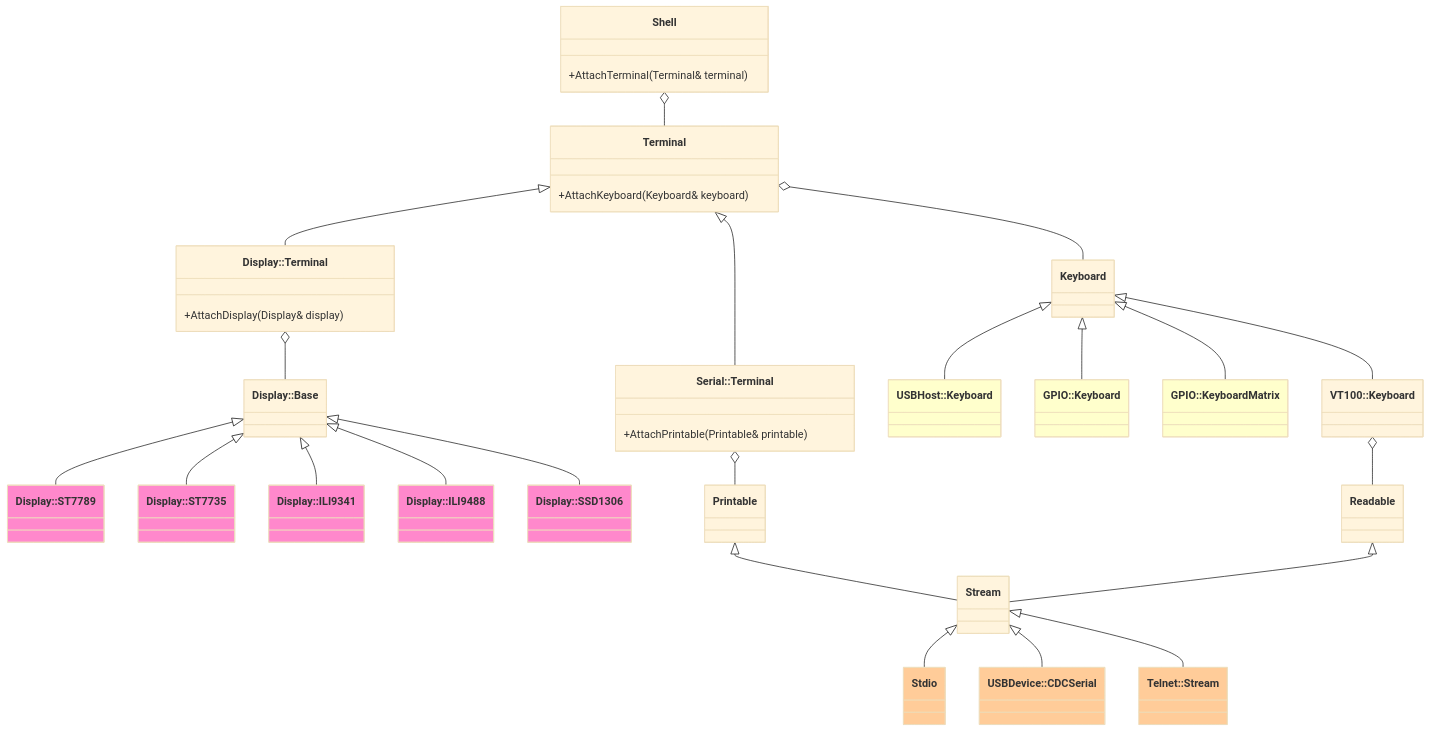
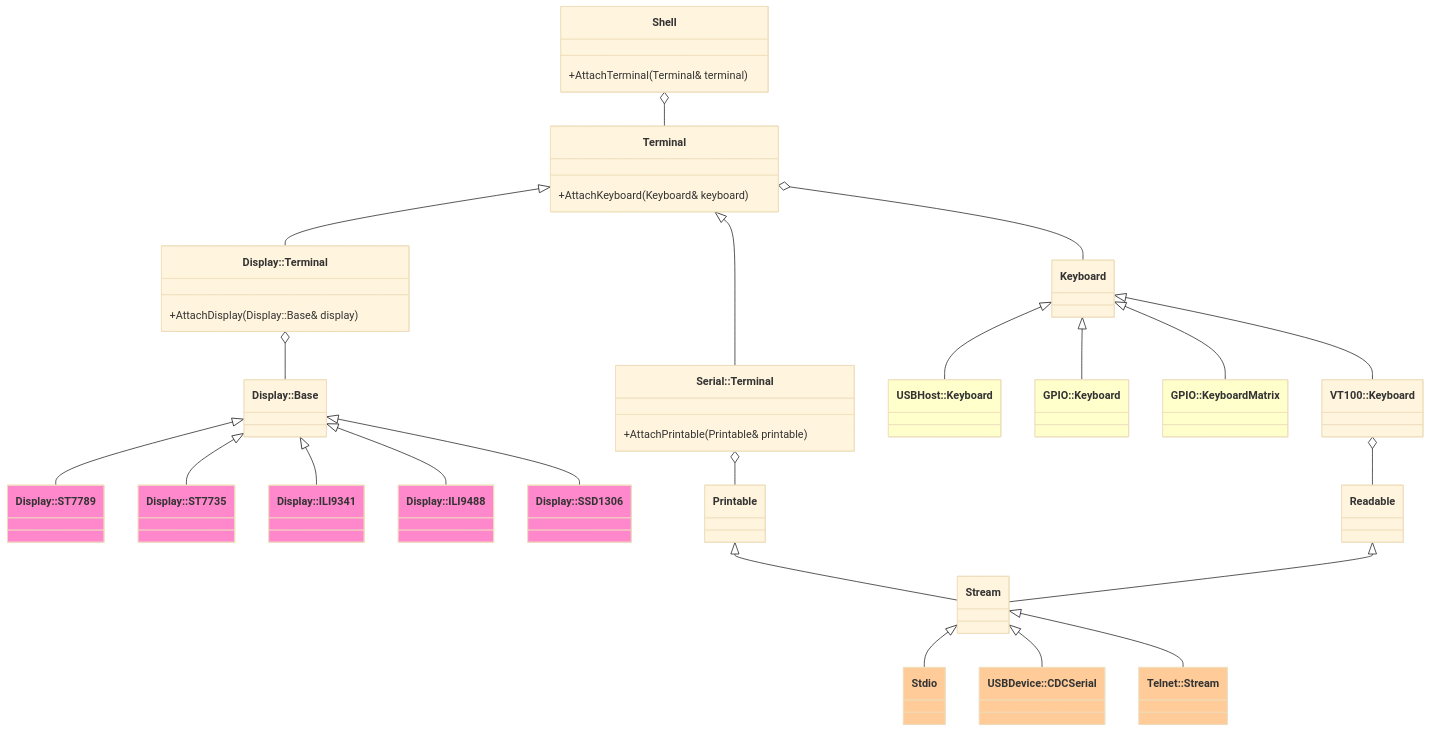
The diagram in docs/library/shell/index.md (ypsitau/pico-jxglib), drawn with Mermaid (base theme) before and after one commit. The commit also changed other lines of this file, not shown here.

Commit message:
updating documents

````diff
--- a/docs/library/shell/index.md
+++ b/docs/library/shell/index.md
@@ -13,53 +9,53 @@
 ```mermaid
 classDiagram
   class Shell {
     +AttachTerminal(Terminal& terminal)
   }
   class Terminal {
     +AttachKeyboard(Keyboard& keyboard)
   }
   class Serial_Terminal["Serial::Terminal"] {
     +AttachPrintable(Printable& printable)
   }
   class Display_Terminal["Display::Terminal"] {
-    +AttachDisplay(Display& display)
+    +AttachDisplay(Display::Base& display)
   }
   class Keyboard
   class VT100_Keyboard["VT100::Keyboard"]
   class USBHost_Keyboard["USBHost::Keyboard"]:::Class_Input
   class GPIO_Keyboard["GPIO::Keyboard"]:::Class_Input
   class GPIO_KeyboardMatrix["GPIO::KeyboardMatrix"]:::Class_Input
   class Stdio:::Class_Both
   class USBDevice_CDCSerial["USBDevice::CDCSerial"]:::Class_Both
   class Telnet_Stream["Telnet::Stream"]:::Class_Both
   class Display_Base["Display::Base"]
   class Display_ST7789["Display::ST7789"]:::Class_Output
   class Display_ST7735["Display::ST7735"]:::Class_Output
   class Display_ILI9341["Display::ILI9341"]:::Class_Output
   class Display_ILI9488["Display::ILI9488"]:::Class_Output
   class Display_SSD1306["Display::SSD1306"]:::Class_Output
   classDef Class_Input fill:#ffc
   classDef Class_Output fill:#f8c
   classDef Class_Both fill:#fc9
   Shell o-- Terminal
   Terminal <|-- Serial_Terminal
   Terminal <|-- Display_Terminal
   Terminal o-- Keyboard
   Keyboard <|-- VT100_Keyboard
   Keyboard <|-- USBHost_Keyboard
   Keyboard <|-- GPIO_Keyboard
   Keyboard <|-- GPIO_KeyboardMatrix
   Serial_Terminal o-- Printable
   Display_Terminal o-- Display_Base
   VT100_Keyboard o-- Readable
   Printable <|-- Stream
   Readable <|-- Stream
   Stream <|-- Stdio
   Stream <|-- USBDevice_CDCSerial
   Stream <|-- Telnet_Stream
   Display_Base <|-- Display_ST7789
   Display_Base <|-- Display_ST7735
   Display_Base <|-- Display_ILI9341
   Display_Base <|-- Display_ILI9488
   Display_Base <|-- Display_SSD1306
 ```
````
